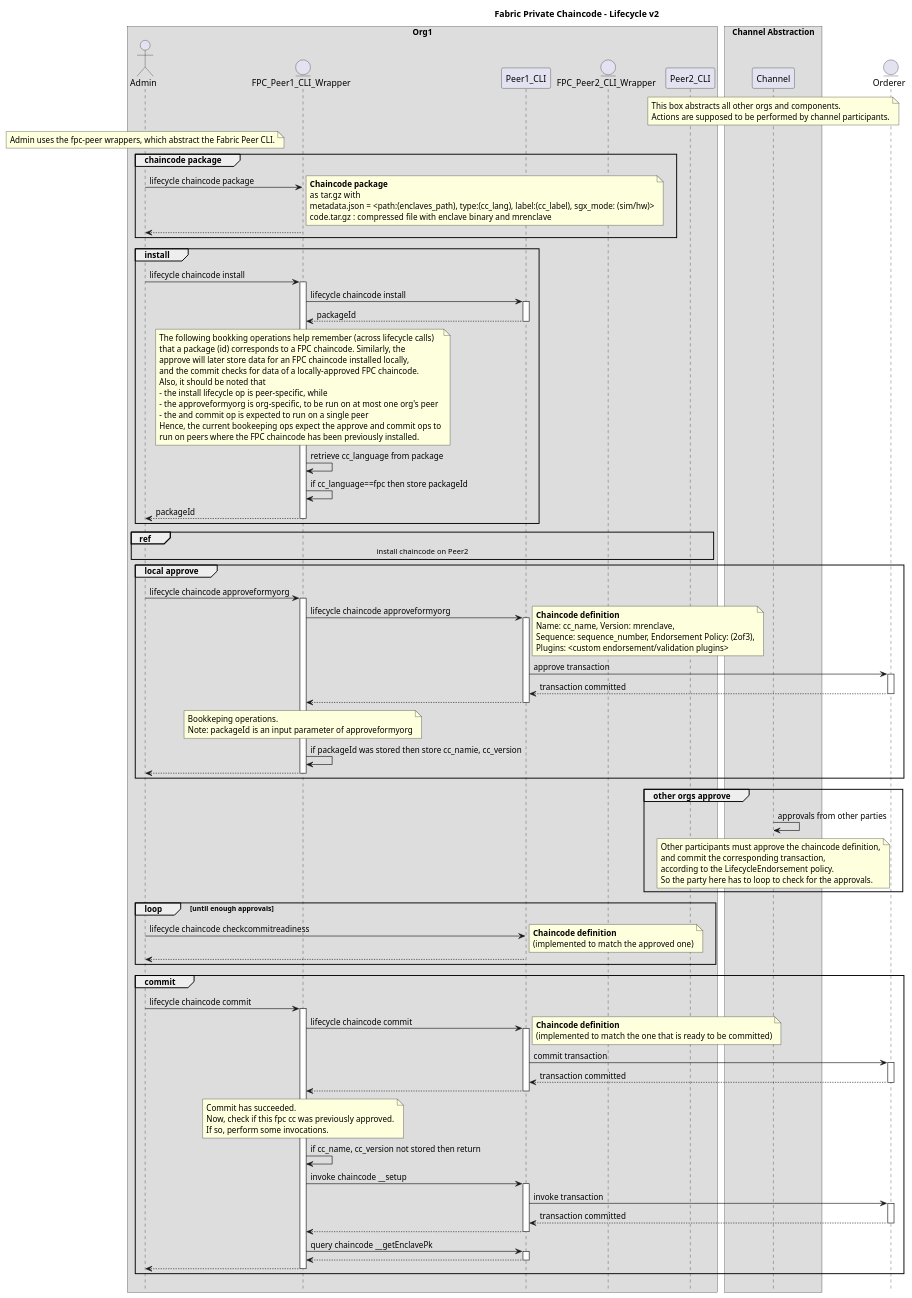
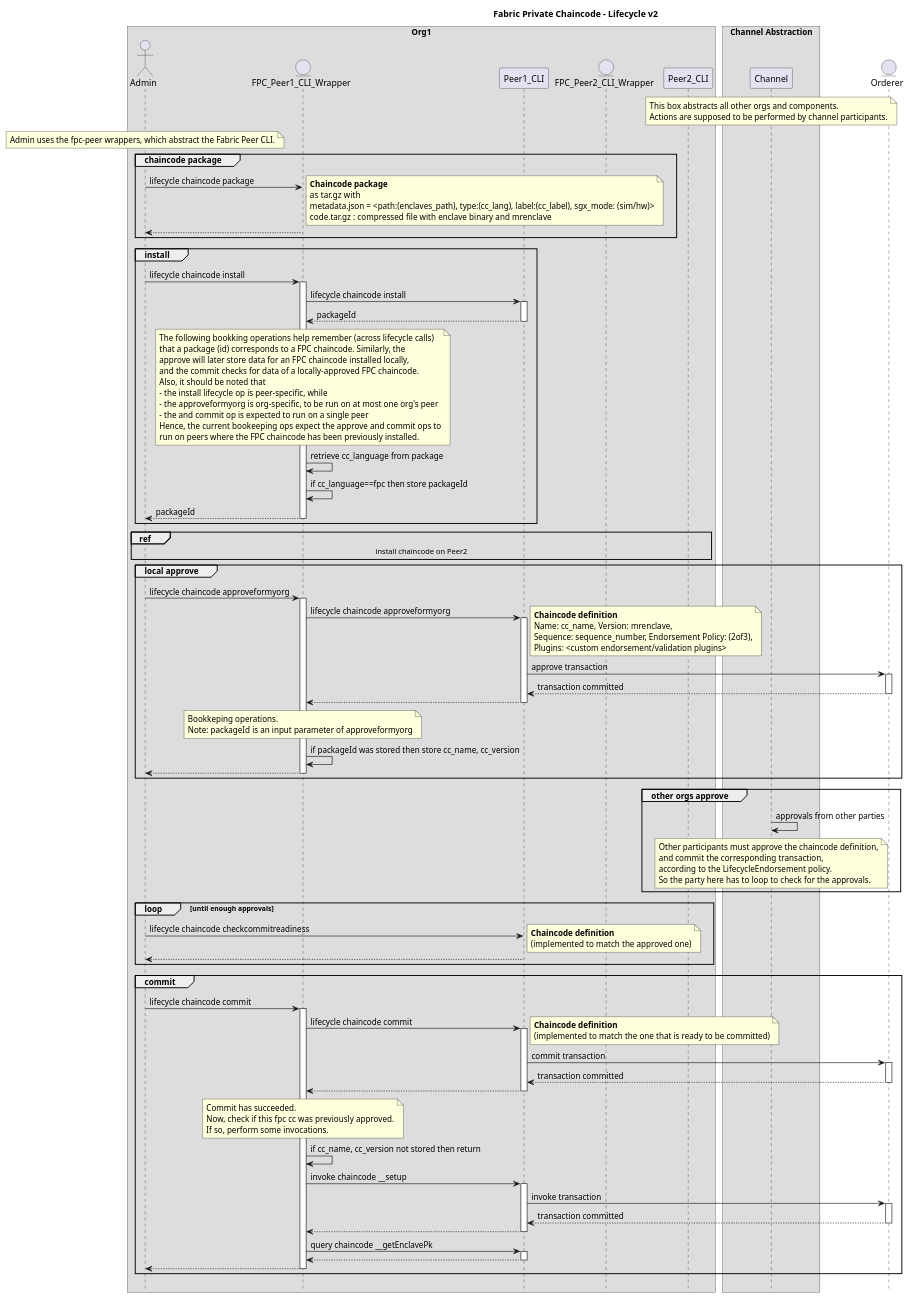
The diagram in docs/design/fabric-v2+/fpc-lifecycle-v2.puml (hyperledger/fabric-private-chaincode), drawn with PlantUML before and after one commit.

```diff
--- a/docs/design/fabric-v2+/fpc-lifecycle-v2.puml
+++ b/docs/design/fabric-v2+/fpc-lifecycle-v2.puml
@@ -8,133 +8,133 @@
 @startuml
 
 !pragma teoz true
 
 hide footbox
 title Foot Box removed
 
 title Fabric Private Chaincode - Lifecycle v2
 
 box "Org1"
 actor	Admin order 10
 entity "FPC_Peer1_CLI_Wrapper" as FPC_Peer1_CLI_Wrapper order 15
 participant Peer1_CLI order 20
 entity "FPC_Peer2_CLI_Wrapper" as FPC_Peer2_CLI_Wrapper order 30
 participant Peer2_CLI order 40
 end box
 
 box "Channel Abstraction"
 participant Channel order 70
 note over Channel
     This box abstracts all other orgs and components.
     Actions are supposed to be performed by channel participants.
 end note
 end box
 
 entity Orderer order 80
 
 note over Admin
     Admin uses the fpc-peer wrappers, which abstract the Fabric Peer CLI.
 end note
 
 group chaincode package
 Admin -> FPC_Peer1_CLI_Wrapper : lifecycle chaincode package
 note right
     **Chaincode package**
     as tar.gz with
     metadata.json = <path:(enclaves_path), type:(cc_lang), label:(cc_label), sgx_mode: (sim/hw)>
     code.tar.gz : compressed file with enclave binary and mrenclave
 end note
 return
 end /' group chaincode package '/
 
 group install
 Admin -> FPC_Peer1_CLI_Wrapper ++: lifecycle chaincode install
 FPC_Peer1_CLI_Wrapper -> Peer1_CLI ++: lifecycle chaincode install
 return packageId
 note over FPC_Peer1_CLI_Wrapper
     The following bookking operations help remember (across lifecycle calls)
     that a package (id) corresponds to a FPC chaincode. Similarly, the
     approve will later store data for an FPC chaincode installed locally,
     and the commit checks for data of a locally-approved FPC chaincode.
     Also, it should be noted that
     - the install lifecycle op is peer-specific, while
     - the approveformyorg is org-specific, to be run on at most one org's peer
     - the and commit op is expected to run on a single peer
     Hence, the current bookeeping ops expect the approve and commit ops to
     run on peers where the FPC chaincode has been previously installed.
 end note
 FPC_Peer1_CLI_Wrapper -> FPC_Peer1_CLI_Wrapper : retrieve cc_language from package
 FPC_Peer1_CLI_Wrapper -> FPC_Peer1_CLI_Wrapper : if cc_language==fpc then store packageId
 return packageId /' Admin -> FPC_Peer1_CLI_Wrapper '/
 end /' group install '/
 
 ref over Admin, FPC_Peer2_CLI_Wrapper, Peer2_CLI
     install chaincode on Peer2
 end /' ref '/
 
 group local approve
 Admin -> FPC_Peer1_CLI_Wrapper ++: lifecycle chaincode approveformyorg
 FPC_Peer1_CLI_Wrapper -> Peer1_CLI ++: lifecycle chaincode approveformyorg
 note right
     **Chaincode definition**
     Name: cc_name, Version: mrenclave,
     Sequence: sequence_number, Endorsement Policy: (2of3),
     Plugins: <custom endorsement/validation plugins>
 end note
 Peer1_CLI -> Orderer ++: approve transaction
 return transaction committed /' Peer1_CLI -> Orderer '/
 return /' FPC_Peer1_CLI_Wrapper -> Peer1_CLI '/
 note over FPC_Peer1_CLI_Wrapper
     Bookkeping operations.
     Note: packageId is an input parameter of approveformyorg
 end note
-FPC_Peer1_CLI_Wrapper -> FPC_Peer1_CLI_Wrapper : if packageId was stored then store cc_namie, cc_version
+FPC_Peer1_CLI_Wrapper -> FPC_Peer1_CLI_Wrapper : if packageId was stored then store cc_name, cc_version
 return /' Admin -> FPC_Peer1_CLI_Wrapper '/
 end /' group approve '/
 
 group other orgs approve
 Channel -> Channel : approvals from other parties
 note over Channel
     Other participants must approve the chaincode definition,
     and commit the corresponding transaction,
     according to the LifecycleEndorsement policy.
     So the party here has to loop to check for the approvals.
 end note
 end group 'other orgs approve'
 
 
 loop until enough approvals
 	Admin -> Peer1_CLI : lifecycle chaincode checkcommitreadiness
 note right
     **Chaincode definition**
     (implemented to match the approved one)
 end note
     return
 end
 
 group commit
 Admin -> FPC_Peer1_CLI_Wrapper ++:lifecycle chaincode commit
 FPC_Peer1_CLI_Wrapper -> Peer1_CLI ++: lifecycle chaincode commit
 note right
     **Chaincode definition**
     (implemented to match the one that is ready to be committed)
 end note
 Peer1_CLI -> Orderer ++: commit transaction
 return transaction committed /' Peer1_CLI -> Orderer '/
 return /' FPC_Peer1_CLI_Wrapper -> Peer1_CLI '/
 note over FPC_Peer1_CLI_Wrapper
     Commit has succeeded.
     Now, check if this fpc cc was previously approved.
     If so, perform some invocations.
 end note
 FPC_Peer1_CLI_Wrapper -> FPC_Peer1_CLI_Wrapper : if cc_name, cc_version not stored then return
 FPC_Peer1_CLI_Wrapper -> Peer1_CLI ++: invoke chaincode __setup
 Peer1_CLI -> Orderer ++: invoke transaction
 return transaction committed
 return /' FPC_Peer1_CLI_Wrapper -> Peer1_CLI '/
 FPC_Peer1_CLI_Wrapper -> Peer1_CLI ++: query chaincode __getEnclavePk
 return /' FPC_Peer1_CLI_Wrapper -> Peer1_CLI '/
 return /' Admin -> FPC_Peer1_CLI_Wrapper '/
 end /' group commit '/
 
 @enduml
```
